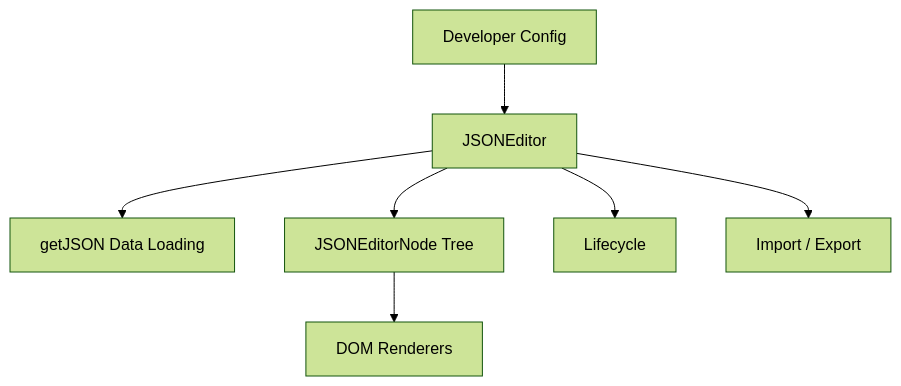
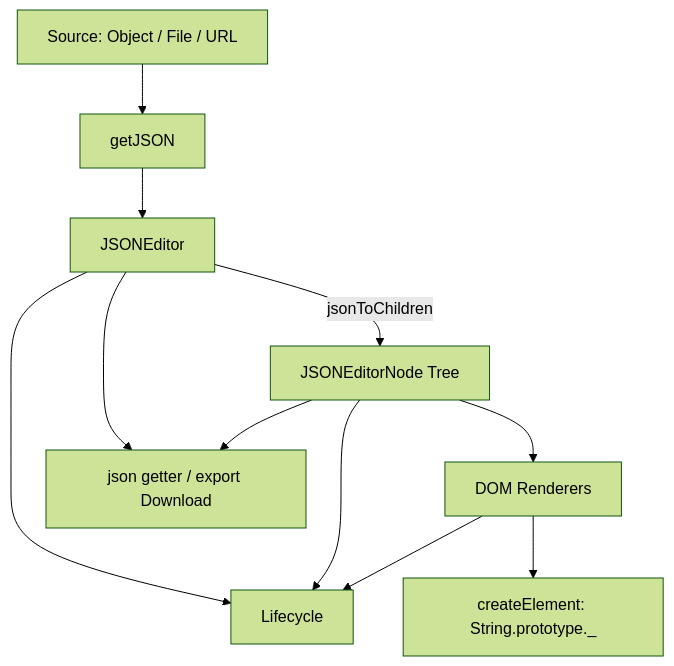
Before and after one commit to pardnchiu/NanoJSON: the first of 9 diagrams in doc/architecture.md, drawn with Mermaid (forest theme). The commit also changed other lines of this file and 8 other files, not shown here.

Commit message:
doc: Regenerate bilingual README, docs, and architecture per latest skill spec

````diff
--- a/doc/architecture.md
+++ b/doc/architecture.md
@@ -7,9 +7,13 @@
 ```mermaid
 graph TB
-    Dev[Developer Config] --> JE[JSONEditor]
-    JE --> Data[getJSON Data Loading]
-    JE --> Tree[JSONEditorNode Tree]
-    Tree --> Render[DOM Renderers]
-    JE --> LC[Lifecycle]
-    JE --> IO[Import / Export]
+    A[Source: Object / File / URL] --> B[getJSON]
+    B --> C[JSONEditor]
+    C -->|jsonToChildren| D[JSONEditorNode Tree]
+    D --> E[DOM Renderers]
+    E --> F[createElement: String.prototype._]
+    C --> G[Lifecycle]
+    D --> G
+    E --> G
+    C --> H[json getter / export Download]
+    D --> H
 ```
````
